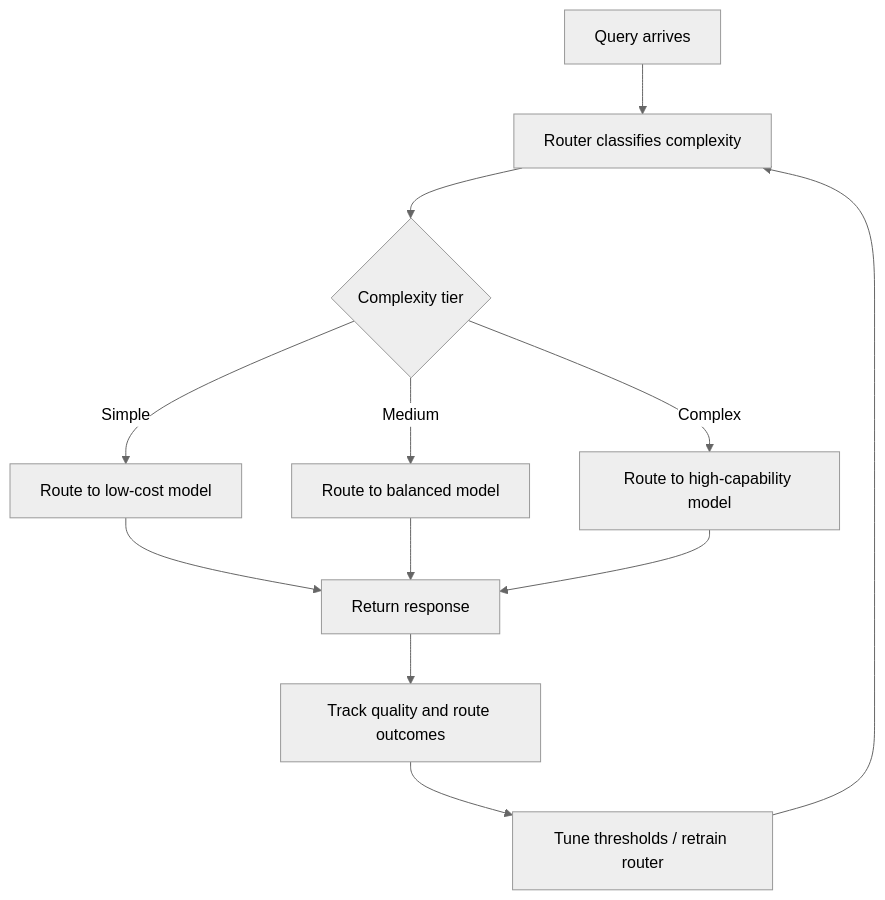
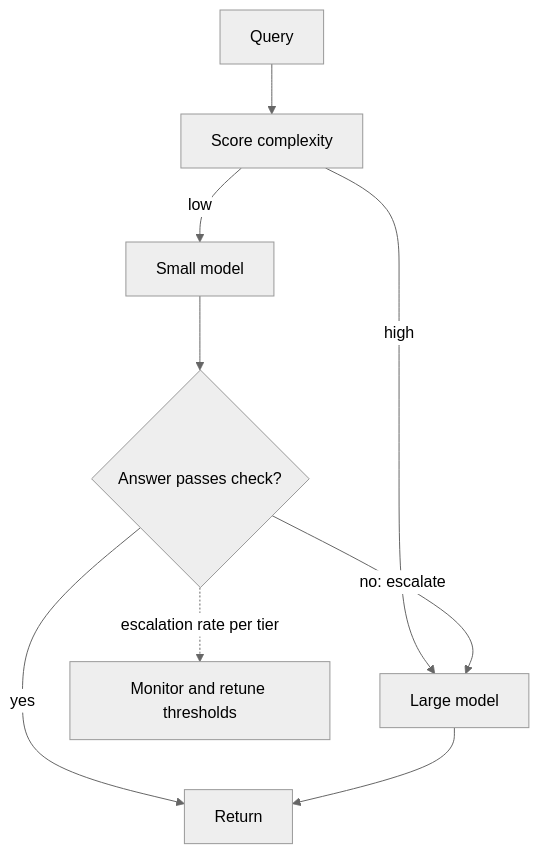
One commit to PrajwalAmte/AI-Engineering-Patterns changed the diagram in content/patterns/inference-and-serving/model-router.md. Above: the diagram before and after it, drawn with Mermaid (neutral theme). The commit also changed other lines of this file and 190 other files, not shown here.

```diff
--- a/content/patterns/inference-and-serving/model-router.md
+++ b/content/patterns/inference-and-serving/model-router.md
@@ -27,14 +33,11 @@
 <pre class="mermaid">
 flowchart TD
-    A["Query arrives"] --> B["Router classifies complexity"]
-    B --> C{"Complexity tier"}
-    C -->|"Simple"| D["Route to low-cost model"]
-    C -->|"Medium"| E["Route to balanced model"]
-    C -->|"Complex"| F["Route to high-capability model"]
-    D --> G["Return response"]
-    E --> G
-    F --> G
-    G --> H["Track quality and route outcomes"]
-    H --> I["Tune thresholds / retrain router"]
-    I --> B
+    Q["Query"] --> S["Score complexity"]
+    S -->|"low"| T1["Small model"]
+    S -->|"high"| T2["Large model"]
+    T1 --> C{"Answer passes check?"}
+    C -->|"yes"| R["Return"]
+    C -->|"no: escalate"| T2
+    T2 --> R
+    C -.->|"escalation rate per tier"| M["Monitor and retune thresholds"]
 </pre>
```
